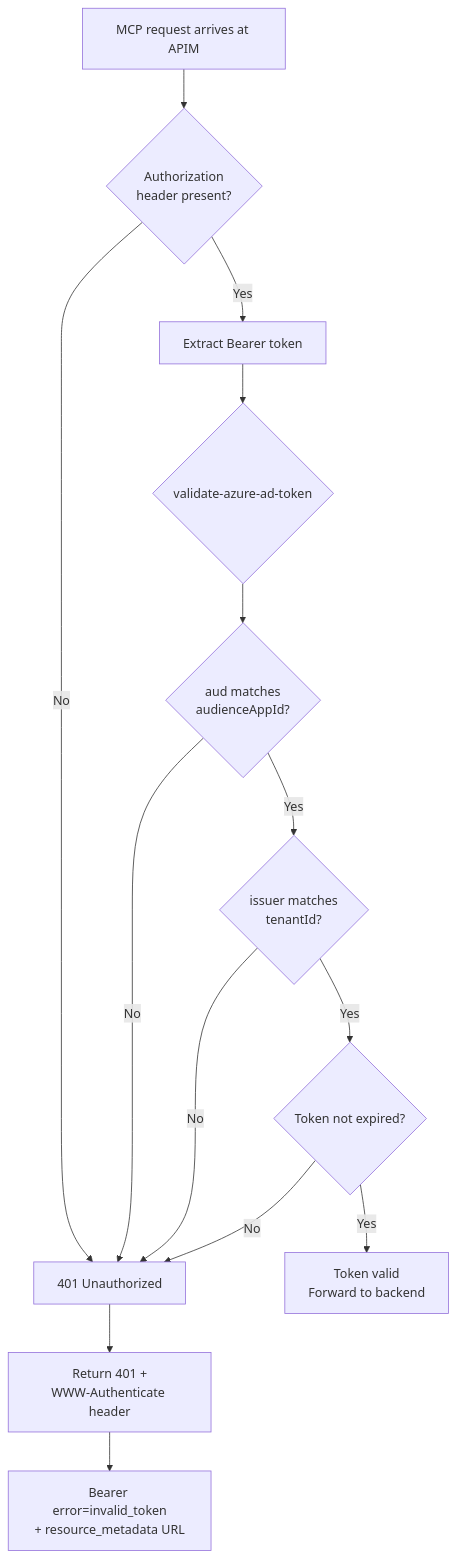
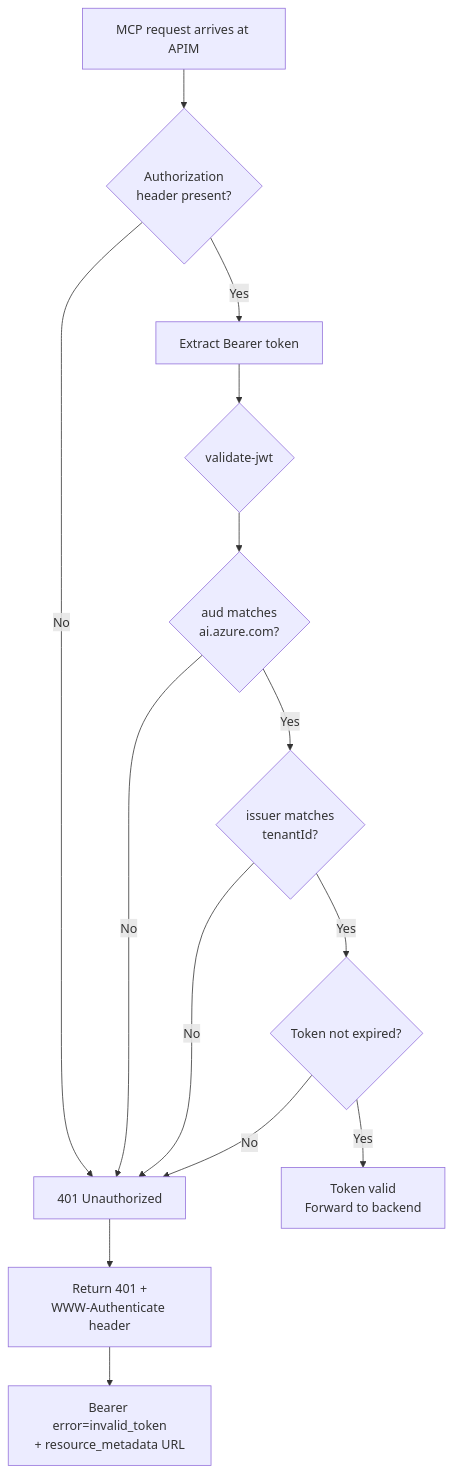
One commit to ozgurkarahan/propagate-id-entra changed the fourth of 7 diagrams in docs/identity-security.md. Above: the diagram before and after it, drawn with Mermaid. The commit also changed other lines of this file and 21 other files, not shown here.

````diff
--- a/docs/identity-security.md
+++ b/docs/identity-security.md
@@ -212,16 +206,16 @@
 ```mermaid
 flowchart TD
     A[MCP request arrives at APIM] --> B{Authorization<br/>header present?}
     B -->|No| C[401 Unauthorized]
     B -->|Yes| D[Extract Bearer token]
-    D --> E{validate-azure-ad-token}
-    E --> F{aud matches<br/>audienceAppId?}
+    D --> E{validate-jwt}
+    E --> F{aud matches<br/>ai.azure.com?}
     F -->|No| C
     F -->|Yes| G{issuer matches<br/>tenantId?}
     G -->|No| C
     G -->|Yes| H{Token not expired?}
     H -->|No| C
     H -->|Yes| I[Token valid<br/>Forward to backend]
     C --> J[Return 401 +<br/>WWW-Authenticate header]
     J --> K[Bearer error=invalid_token<br/>+ resource_metadata URL]
 ```
````
